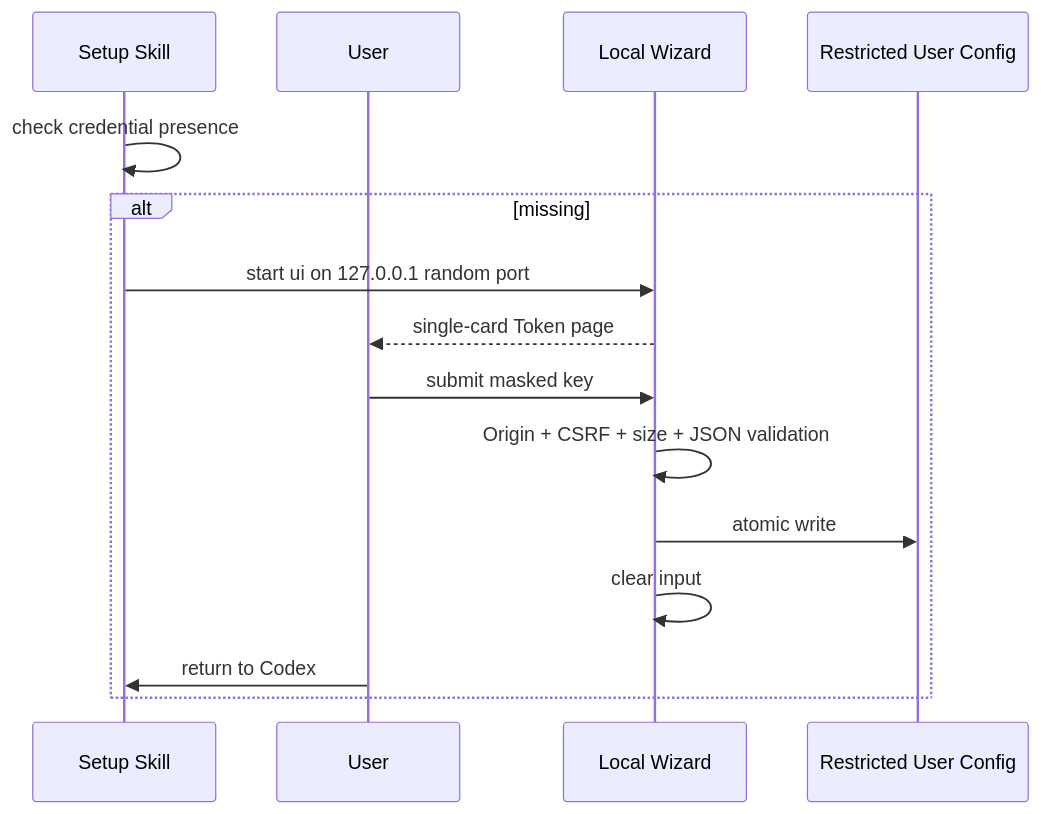
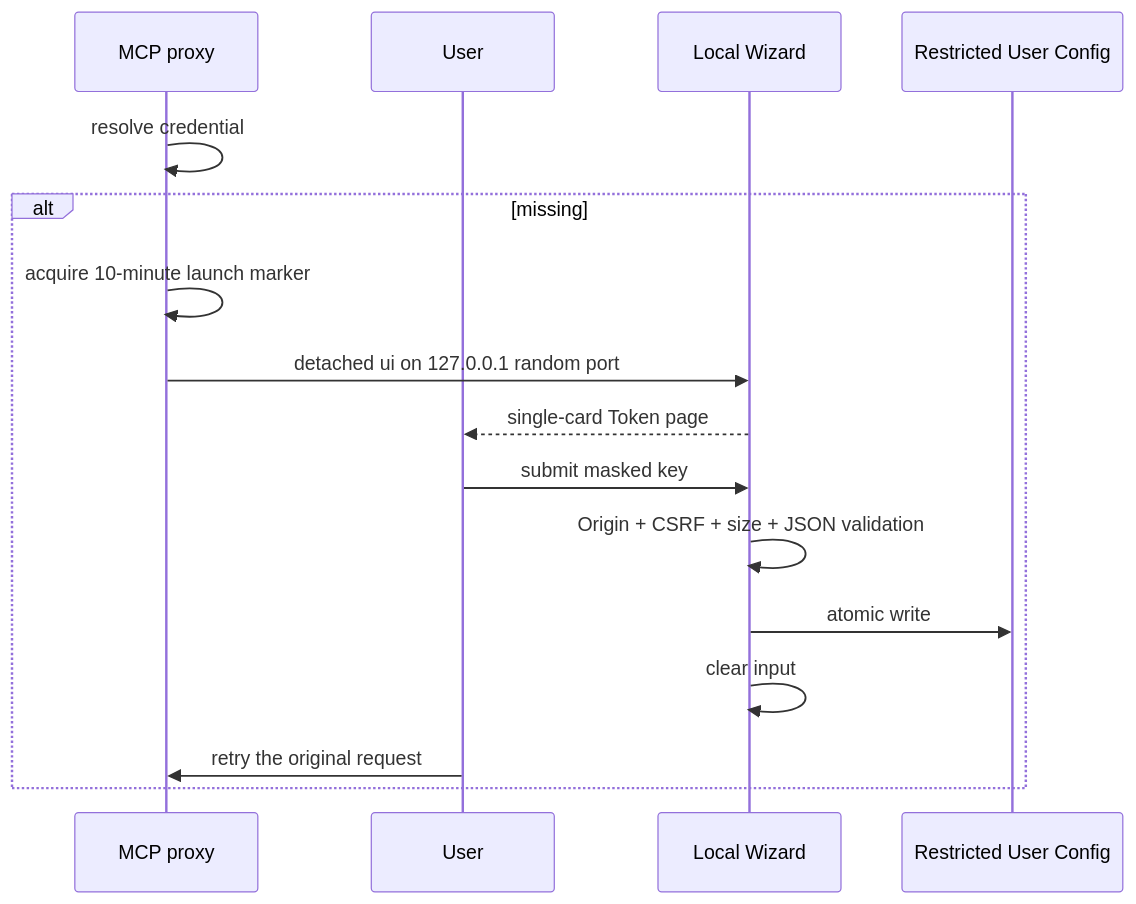
The first of 6 diagrams in docs/Stitch-Design-Technical-Solution.md (full-stack-plugins/stitch-design-plugin), drawn with Mermaid before and after one commit. The commit also changed other lines of this file and 17 other files, not shown here.

````diff
--- a/docs/Stitch-Design-Technical-Solution.md
+++ b/docs/Stitch-Design-Technical-Solution.md
@@ -41,17 +41,18 @@
 ```mermaid
 sequenceDiagram
-    participant S as Setup Skill
+    participant S as MCP proxy
     participant U as User
     participant L as Local Wizard
     participant F as Restricted User Config
-    S->>S: check credential presence
+    S->>S: resolve credential
     alt missing
-      S->>L: start ui on 127.0.0.1 random port
+      S->>S: acquire 10-minute launch marker
+      S->>L: detached ui on 127.0.0.1 random port
       L-->>U: single-card Token page
       U->>L: submit masked key
       L->>L: Origin + CSRF + size + JSON validation
       L->>F: atomic write
       L->>L: clear input
-      U->>S: return to Codex
+      U->>S: retry the original request
     end
 ```
````
